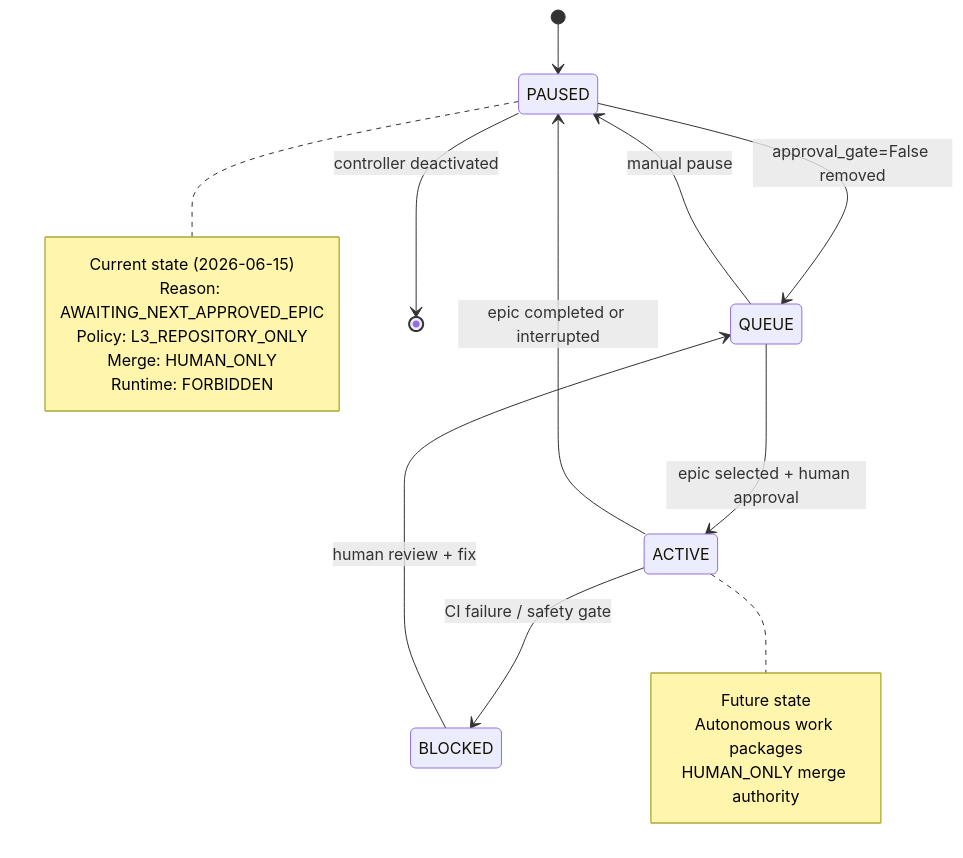
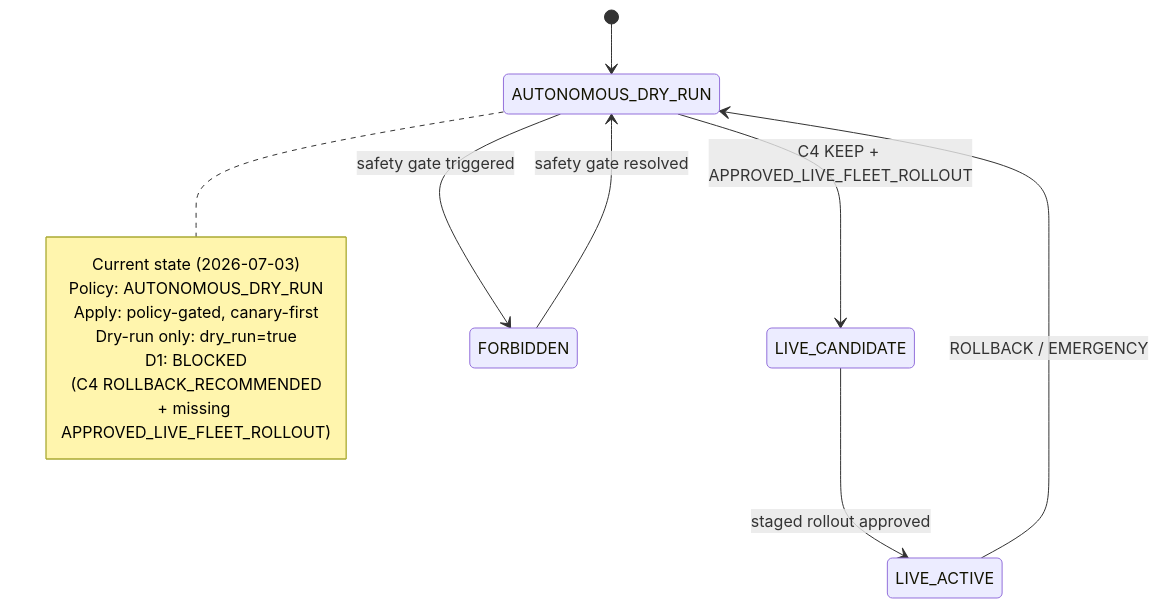
The fourth of 4 diagrams in docs/ARCHITECTURE.md (GoLukeEnviro/trading-hub), drawn with Mermaid before and after one commit. The commit also changed other lines of this file and 4 other files, not shown here.

````diff
--- a/docs/ARCHITECTURE.md
+++ b/docs/ARCHITECTURE.md
@@ -135,25 +154,19 @@
 ```mermaid
 stateDiagram-v2
-    [*] --> PAUSED
-    PAUSED --> QUEUE : approval_gate=False removed
-    QUEUE --> ACTIVE : epic selected + human approval
-    ACTIVE --> PAUSED : epic completed or interrupted
-    ACTIVE --> BLOCKED : CI failure / safety gate
-    BLOCKED --> QUEUE : human review + fix
-    QUEUE --> PAUSED : manual pause
-    PAUSED --> [*] : controller deactivated
+    [*] --> AUTONOMOUS_DRY_RUN
+    AUTONOMOUS_DRY_RUN --> LIVE_CANDIDATE : C4 KEEP + APPROVED_LIVE_FLEET_ROLLOUT
+    LIVE_CANDIDATE --> LIVE_ACTIVE : staged rollout approved
+    LIVE_ACTIVE --> AUTONOMOUS_DRY_RUN : ROLLBACK / EMERGENCY
+    AUTONOMOUS_DRY_RUN --> FORBIDDEN : safety gate triggered
+    FORBIDDEN --> AUTONOMOUS_DRY_RUN : safety gate resolved
 
-    note right of PAUSED
-        Current state (2026-06-15)
-        Reason: AWAITING_NEXT_APPROVED_EPIC
-        Policy: L3_REPOSITORY_ONLY
-        Merge: HUMAN_ONLY
-        Runtime: FORBIDDEN
-    end note
-
-    note right of ACTIVE
-        Future state
-        Autonomous work packages
-        HUMAN_ONLY merge authority
+    note right of AUTONOMOUS_DRY_RUN
+        Current state (2026-07-03)
+        Policy: AUTONOMOUS_DRY_RUN
+        Apply: policy-gated, canary-first
+        Dry-run only: dry_run=true
+        D1: BLOCKED
+          (C4 ROLLBACK_RECOMMENDED
+           + missing APPROVED_LIVE_FLEET_ROLLOUT)
     end note
 ```
````
